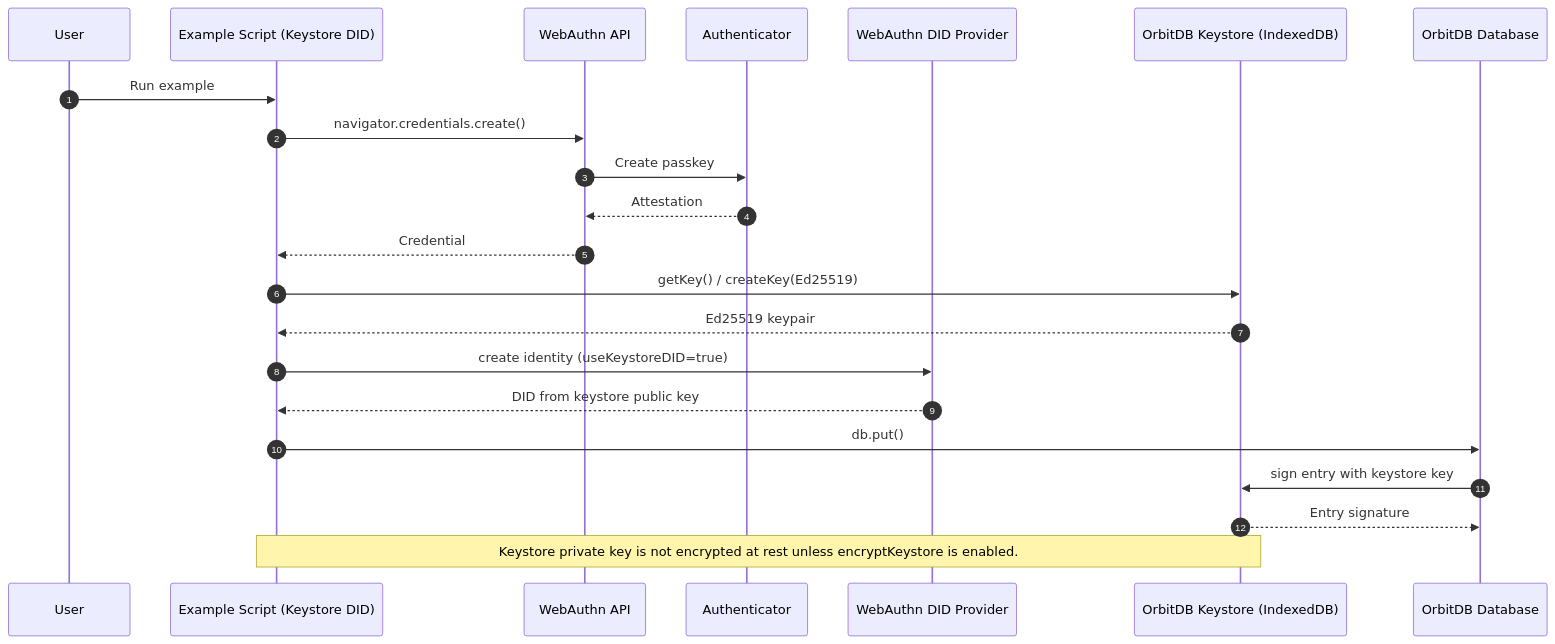
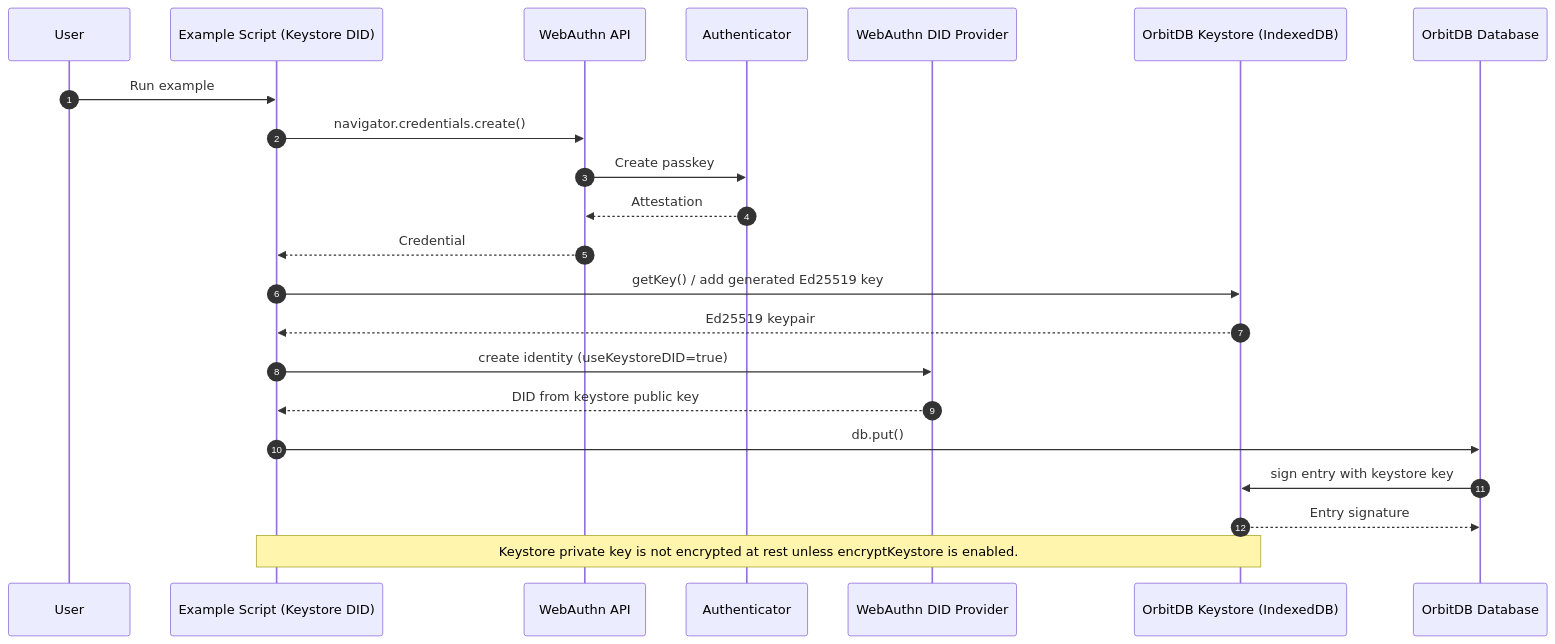
The first of 6 diagrams in docs/EXAMPLE-SEQUENCES.md (Le-Space/orbitdb-identity-provider-webauthn-did), drawn with Mermaid before and after one commit. The commit also changed other lines of this file and 34 other files, not shown here.

````diff
--- a/docs/EXAMPLE-SEQUENCES.md
+++ b/docs/EXAMPLE-SEQUENCES.md
@@ -7,28 +7,28 @@
 ```mermaid
 sequenceDiagram
   autonumber
   participant User
   participant App as Example Script (Keystore DID)
   participant WebAuthn as WebAuthn API
   participant Auth as Authenticator
   participant Prov as WebAuthn DID Provider
   participant KS as OrbitDB Keystore (IndexedDB)
   participant DB as OrbitDB Database
 
   User->>App: Run example
   App->>WebAuthn: navigator.credentials.create()
   WebAuthn->>Auth: Create passkey
   Auth-->>WebAuthn: Attestation
   WebAuthn-->>App: Credential
 
-  App->>KS: getKey() / createKey(Ed25519)
+  App->>KS: getKey() / add generated Ed25519 key
   KS-->>App: Ed25519 keypair
   App->>Prov: create identity (useKeystoreDID=true)
   Prov-->>App: DID from keystore public key
 
   App->>DB: db.put()
   DB->>KS: sign entry with keystore key
   KS-->>DB: Entry signature
 
   Note over App,KS: Keystore private key is not encrypted at rest unless encryptKeystore is enabled.
 ```
````
